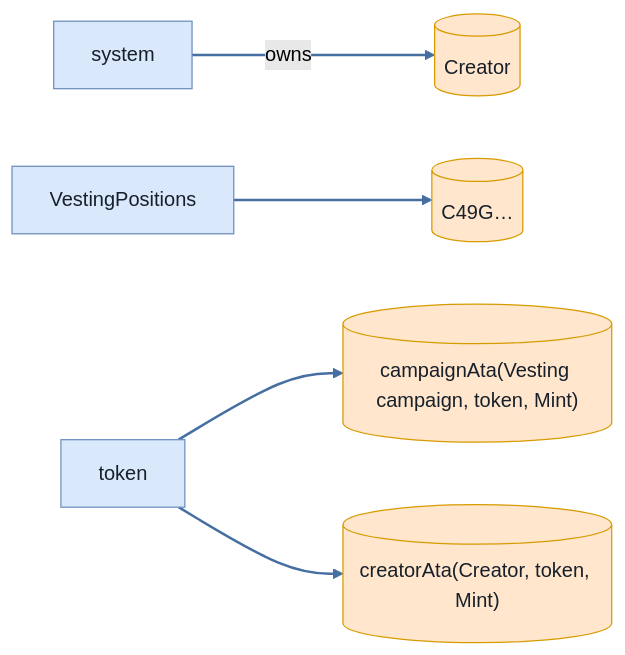
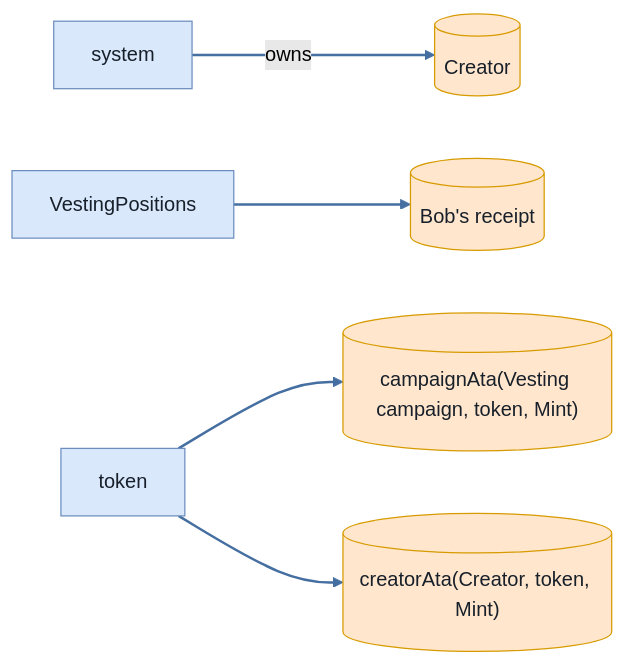
One commit to cds-turbin3/vesting-position changed the sixth of 6 diagrams in babelfish-tests/test-report/clawback_unclaimed_before_grace_fails.md. Above: the diagram before and after it, drawn with Mermaid (forest theme). The commit also changed other lines of this file and 104 other files, not shown here.

````diff
--- a/babelfish-tests/test-report/clawback_unclaimed_before_grace_fails.md
+++ b/babelfish-tests/test-report/clawback_unclaimed_before_grace_fails.md
@@ -245,18 +247,18 @@
 ```mermaid
 flowchart LR
     system["system"]:::program
     Creator[("Creator")]:::state
     VestingPositions["VestingPositions"]:::program
-    C49G[("C49G…")]:::state
+    Bobsreceipt[("Bob's receipt")]:::state
     token["token"]:::program
     campaignAtaVestingcampaigntokenMint[("campaignAta(Vesting campaign, token, Mint)")]:::state
     creatorAtaCreatortokenMint[("creatorAta(Creator, token, Mint)")]:::state
     system -->|owns| Creator
-    VestingPositions --> C49G
+    VestingPositions --> Bobsreceipt
     token --> campaignAtaVestingcampaigntokenMint
     token --> creatorAtaCreatortokenMint
     classDef program fill:#dae8fc,stroke:#6c8ebf,color:#17202a;
     classDef signer fill:#d5e8d4,stroke:#82b366,color:#17202a;
     classDef state fill:#ffe6cc,stroke:#d79b00,color:#17202a;
     linkStyle 0,1,2,3 stroke:#456ea1,stroke-width:2px
 ```
````
